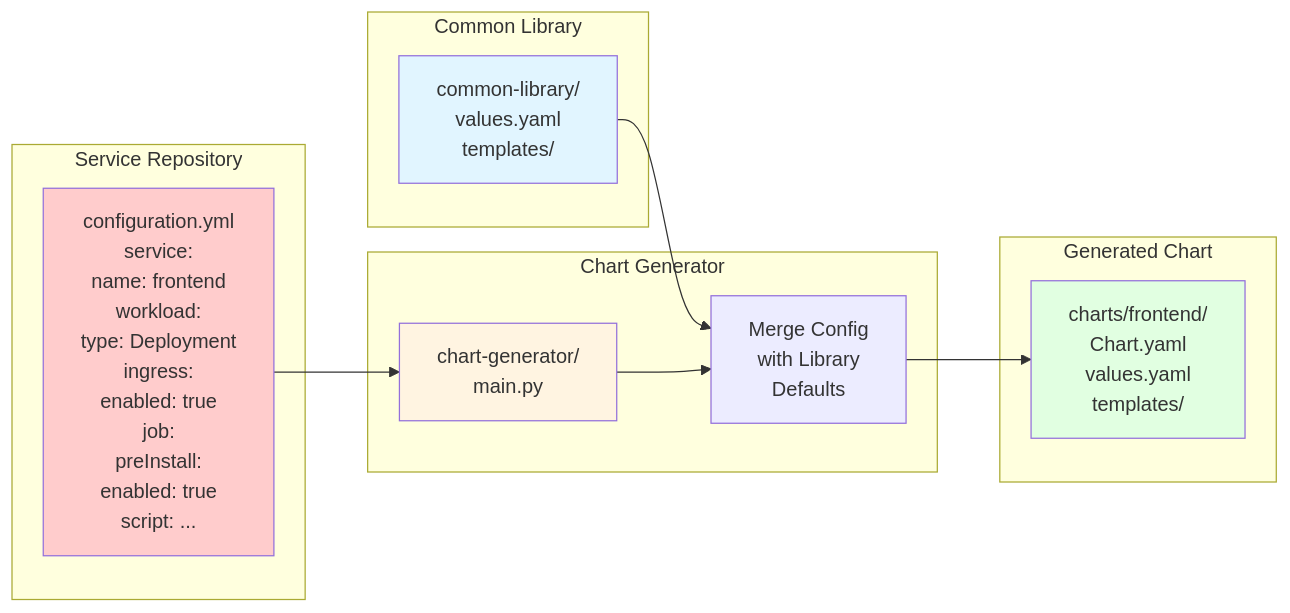
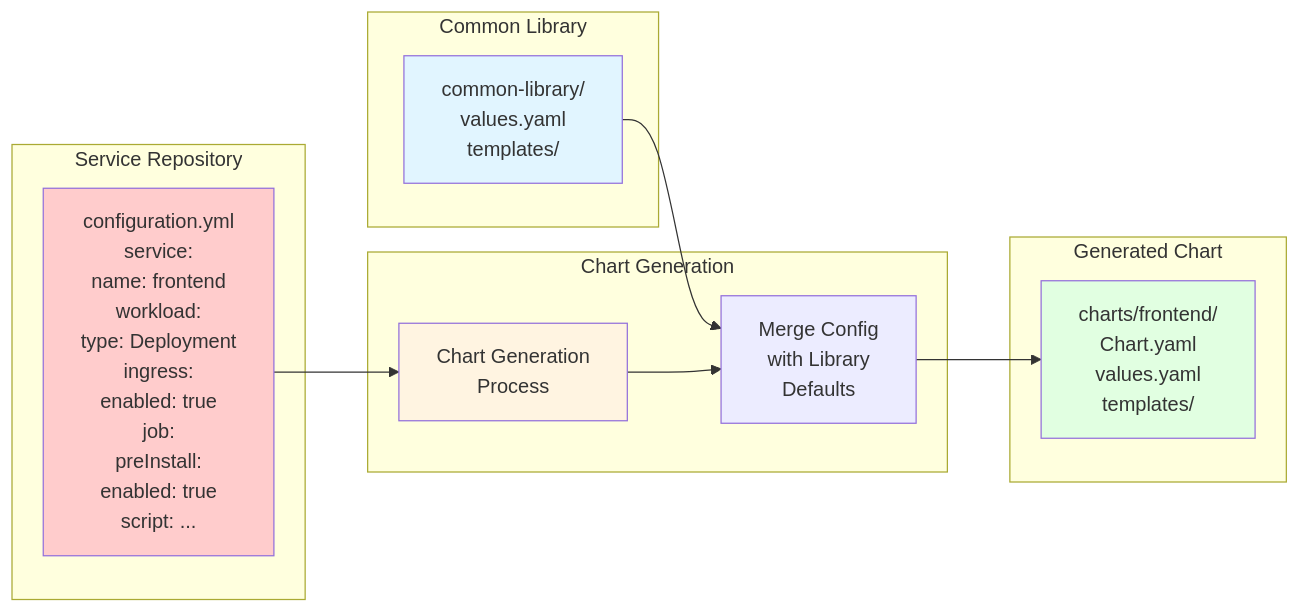
One commit to caretak3r/helm-factory changed the third of 11 diagrams in ADR.md. Above: the diagram before and after it, drawn with Mermaid. The commit also changed other lines of this file, not shown here.

````diff
--- a/ADR.md
+++ b/ADR.md
@@ -291,29 +293,29 @@
 ```mermaid
 graph LR
     subgraph "Service Repository"
         CFG[configuration.yml<br/>service:<br/>  name: frontend<br/>workload:<br/>  type: Deployment<br/>ingress:<br/>  enabled: true<br/>job:<br/>  preInstall:<br/>    enabled: true<br/>    script: ...]
     end
     
-    subgraph "Chart Generator"
-        CG[chart-generator/<br/>main.py]
+    subgraph "Chart Generation"
+        GEN[Chart Generation<br/>Process]
         MERGE[Merge Config<br/>with Library<br/>Defaults]
     end
     
     subgraph "Common Library"
         LIB[common-library/<br/>values.yaml<br/>templates/]
     end
     
     subgraph "Generated Chart"
         CHART[charts/frontend/<br/>Chart.yaml<br/>values.yaml<br/>templates/]
     end
     
-    CFG --> CG
+    CFG --> GEN
     LIB --> MERGE
-    CG --> MERGE
+    GEN --> MERGE
     MERGE --> CHART
     
     style CFG fill:#ffcccc
-    style CG fill:#fff4e1
+    style GEN fill:#fff4e1
     style LIB fill:#e1f5ff
     style CHART fill:#e1ffe1
 ```
````
